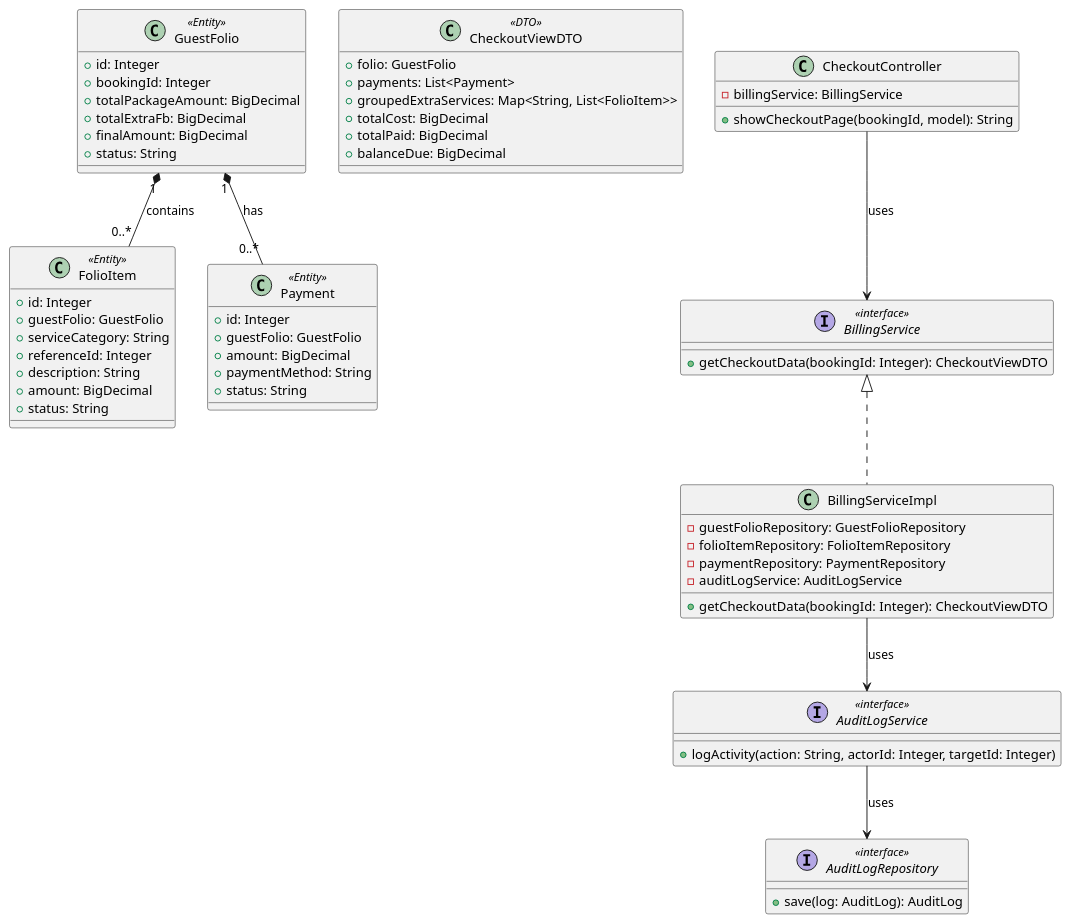
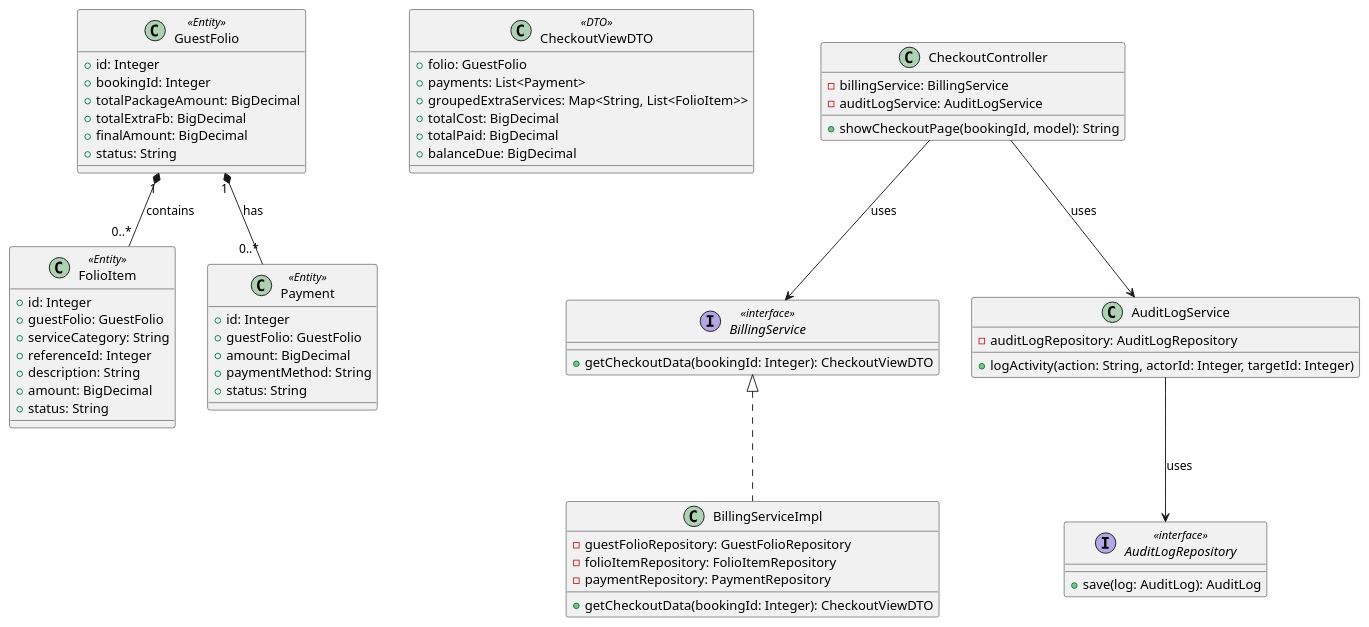
Before and after one commit to danhdac36/xoai-aura-retreat: the first of 4 diagrams in 04_Implement/Module5/UC21/UC21_EDS_Consolidated_Invoice.md, drawn with PlantUML. The commit also changed other lines of this file and 10 other files, not shown here.

````diff
--- a/04_Implement/Module5/UC21/UC21_EDS_Consolidated_Invoice.md
+++ b/04_Implement/Module5/UC21/UC21_EDS_Consolidated_Invoice.md
@@ -140,73 +150,74 @@
 ```plantuml
 @startuml
 class GuestFolio <<Entity>> {
   +id: Integer
   +bookingId: Integer
   +totalPackageAmount: BigDecimal
   +totalExtraFb: BigDecimal
   +finalAmount: BigDecimal
   +status: String
 }
 
 class FolioItem <<Entity>> {
   +id: Integer
   +guestFolio: GuestFolio
   +serviceCategory: String
   +referenceId: Integer
   +description: String
   +amount: BigDecimal
   +status: String
 }
 
 class Payment <<Entity>> {
   +id: Integer
   +guestFolio: GuestFolio
   +amount: BigDecimal
   +paymentMethod: String
   +status: String
 }
 
 class CheckoutViewDTO <<DTO>> {
   +folio: GuestFolio
   +payments: List<Payment>
   +groupedExtraServices: Map<String, List<FolioItem>>
   +totalCost: BigDecimal
   +totalPaid: BigDecimal
   +balanceDue: BigDecimal
 }
 
 GuestFolio "1" *-- "0..*" FolioItem : contains
 GuestFolio "1" *-- "0..*" Payment : has
 
 interface BillingService <<interface>> {
   +getCheckoutData(bookingId: Integer): CheckoutViewDTO
 }
 
 class BillingServiceImpl {
   -guestFolioRepository: GuestFolioRepository
   -folioItemRepository: FolioItemRepository
   -paymentRepository: PaymentRepository
-  -auditLogService: AuditLogService
   +getCheckoutData(bookingId: Integer): CheckoutViewDTO
 }
 
-interface AuditLogService <<interface>> {
+class AuditLogService {
+  -auditLogRepository: AuditLogRepository
   +logActivity(action: String, actorId: Integer, targetId: Integer)
 }
 
 interface AuditLogRepository <<interface>> {
   +save(log: AuditLog): AuditLog
 }
 
 BillingService <|.. BillingServiceImpl
 
 class CheckoutController {
   -billingService: BillingService
+  -auditLogService: AuditLogService
   +showCheckoutPage(bookingId, model): String
 }
 
 CheckoutController --> BillingService : uses
-BillingServiceImpl --> AuditLogService : uses
+CheckoutController --> AuditLogService : uses
 AuditLogService --> AuditLogRepository : uses
 @enduml
 ```
````
